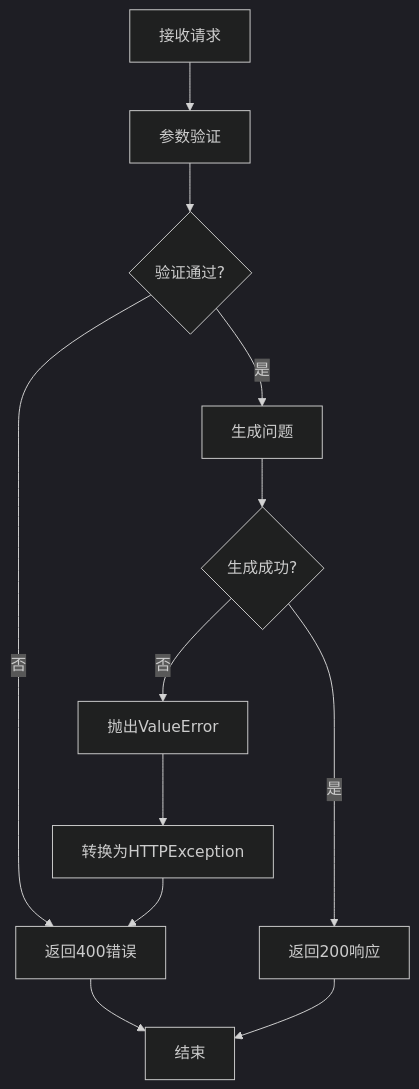
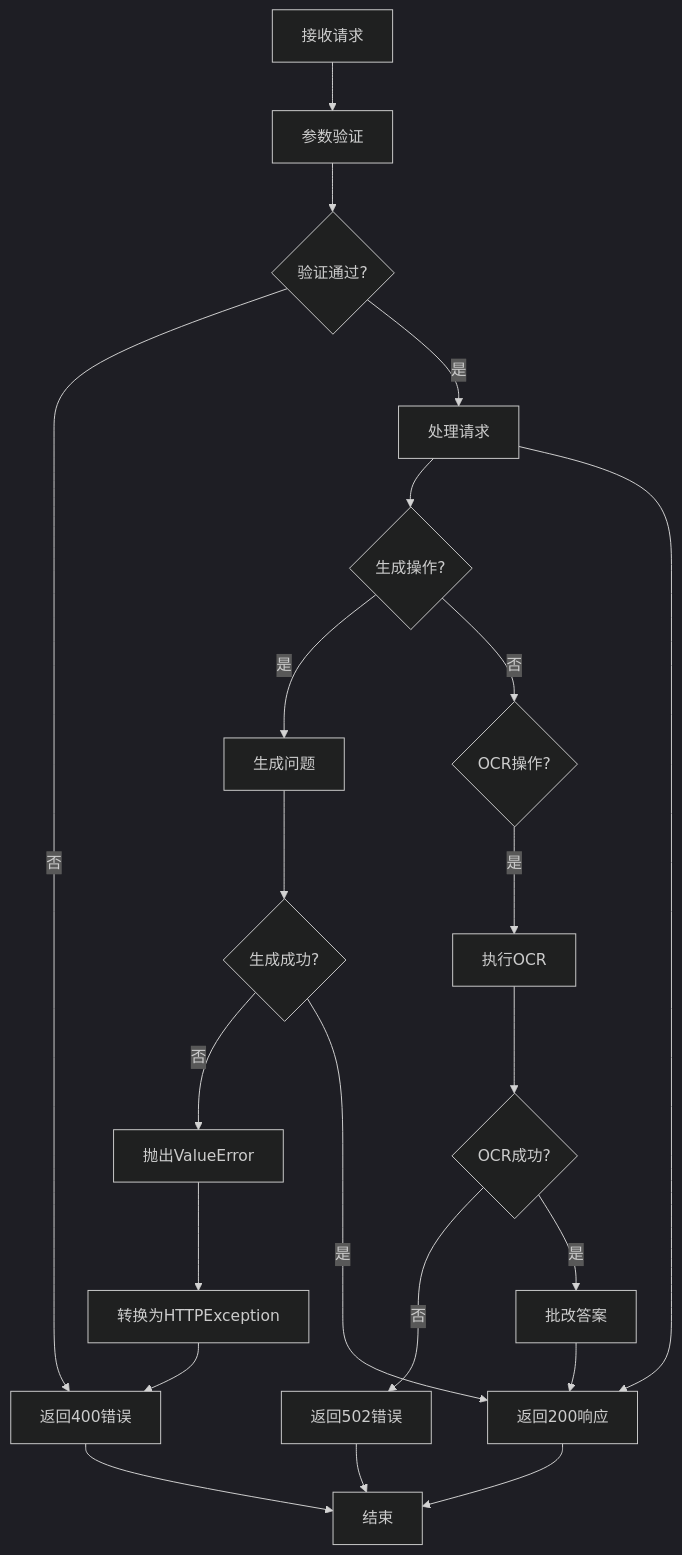
One commit to SimonWHL/math-learning changed diagram 11 of 12 in .qoder/repowiki/zh/content/项目结构/Web API接口.md. Above: the diagram before and after it, drawn with Mermaid (dark theme). The commit also changed other lines of this file and 17 other files, not shown here.

````diff
--- a/.qoder/repowiki/zh/content/项目结构/Web API接口.md
+++ b/.qoder/repowiki/zh/content/项目结构/Web API接口.md
@@ -373,14 +536,24 @@
 ```mermaid
 flowchart TD
 Request[接收请求] --> Validate[参数验证]
 Validate --> Valid{验证通过?}
 Valid --> |否| BadRequest[返回400错误]
-Valid --> |是| Generate[生成问题]
-Generate --> GenerateOK{生成成功?}
+Valid --> |是| Process[处理请求]
+Process --> Generate{生成操作?}
+Generate --> |是| GenerateProblems[生成问题]
+GenerateProblems --> GenerateOK{生成成功?}
 GenerateOK --> |否| ValueError[抛出ValueError]
 GenerateOK --> |是| Success[返回200响应]
+Generate --> |否| OCR{OCR操作?}
+OCR --> |是| RunOCR[执行OCR]
+RunOCR --> OCRSuccess{OCR成功?}
+OCRSuccess --> |否| CloudError[返回502错误]
+OCRSuccess --> |是| CheckAnswers[批改答案]
+CheckAnswers --> Success
+Process --> Success
 ValueError --> HTTPException[转换为HTTPException]
 HTTPException --> BadRequest
 Success --> End[结束]
+CloudError --> End
 BadRequest --> End
 ```
````
